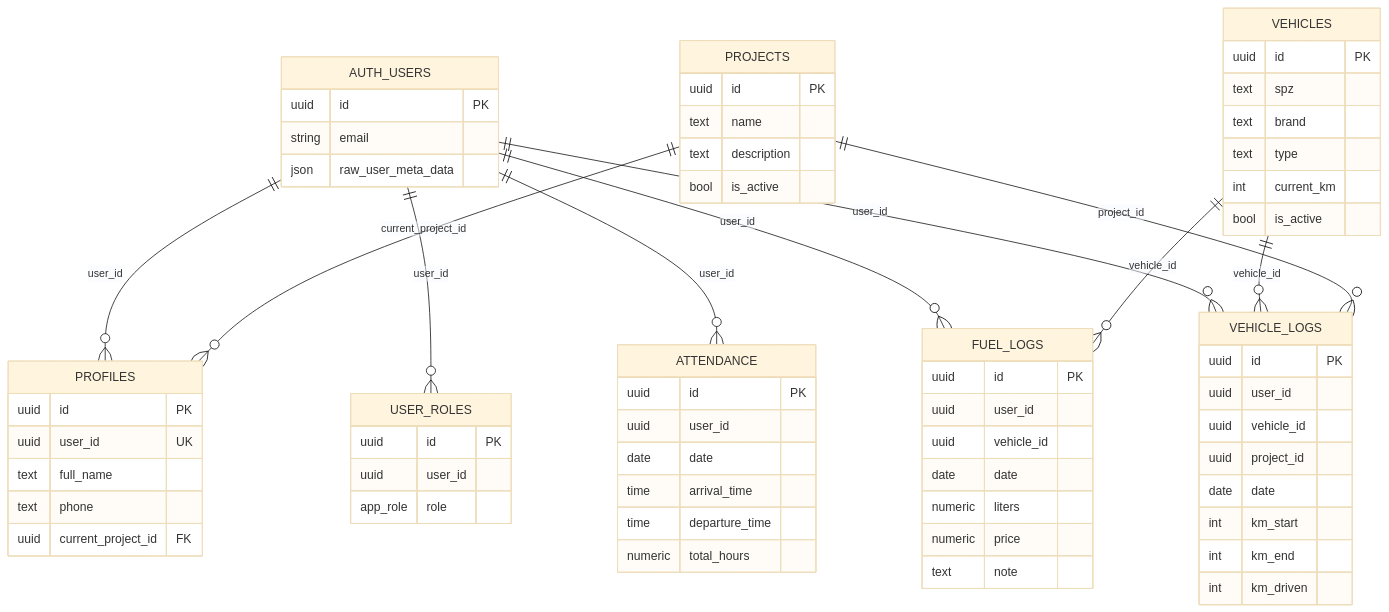
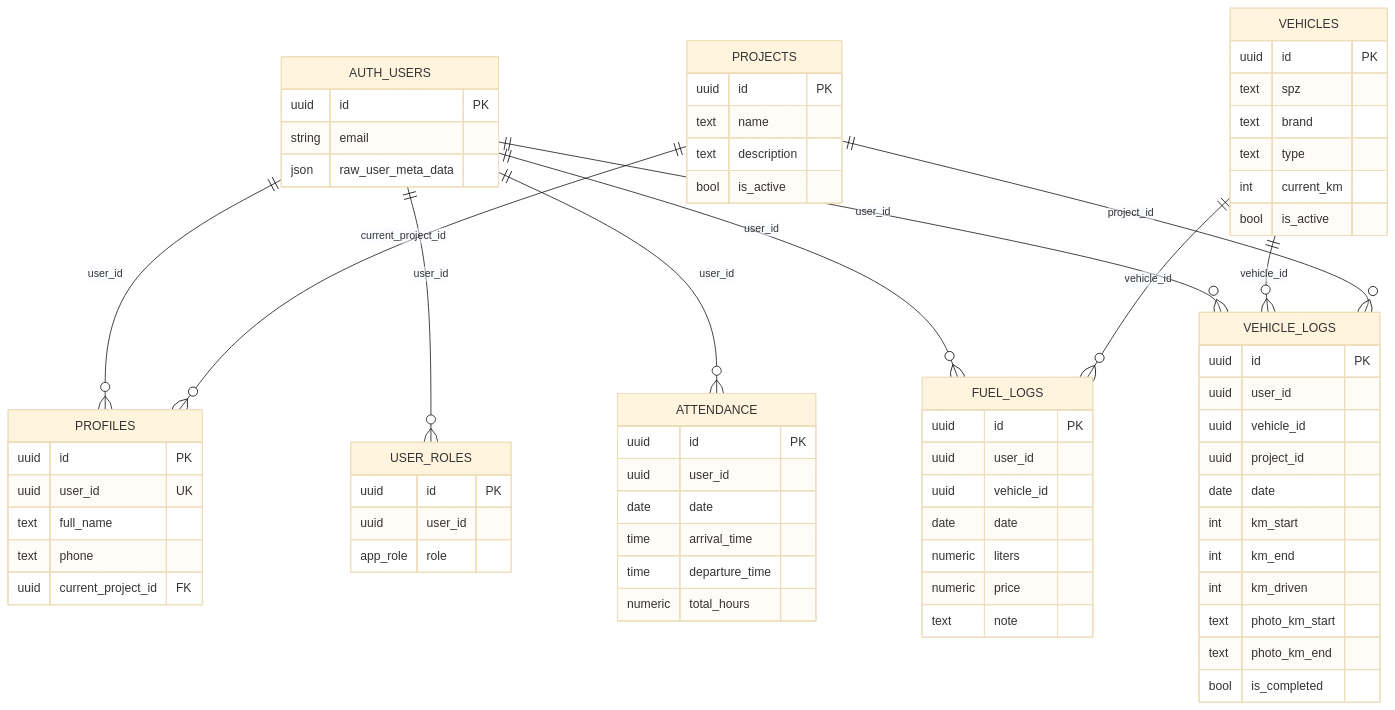
One commit to impofailafko-boop/dochadzkova-vozidlova-platforma changed the diagram in DATABASE_SCHEMA.md. Above: the diagram before and after it, drawn with Mermaid (base theme). The commit also changed other lines of this file, not shown here.

Commit message:
Update database schema

```diff
--- a/DATABASE_SCHEMA.md
+++ b/DATABASE_SCHEMA.md
@@ -553,6 +637,9 @@
         int km_start
         int km_end
         int km_driven
+        text photo_km_start
+        text photo_km_end
+        bool is_completed
     }
     
     VEHICLES {
```
